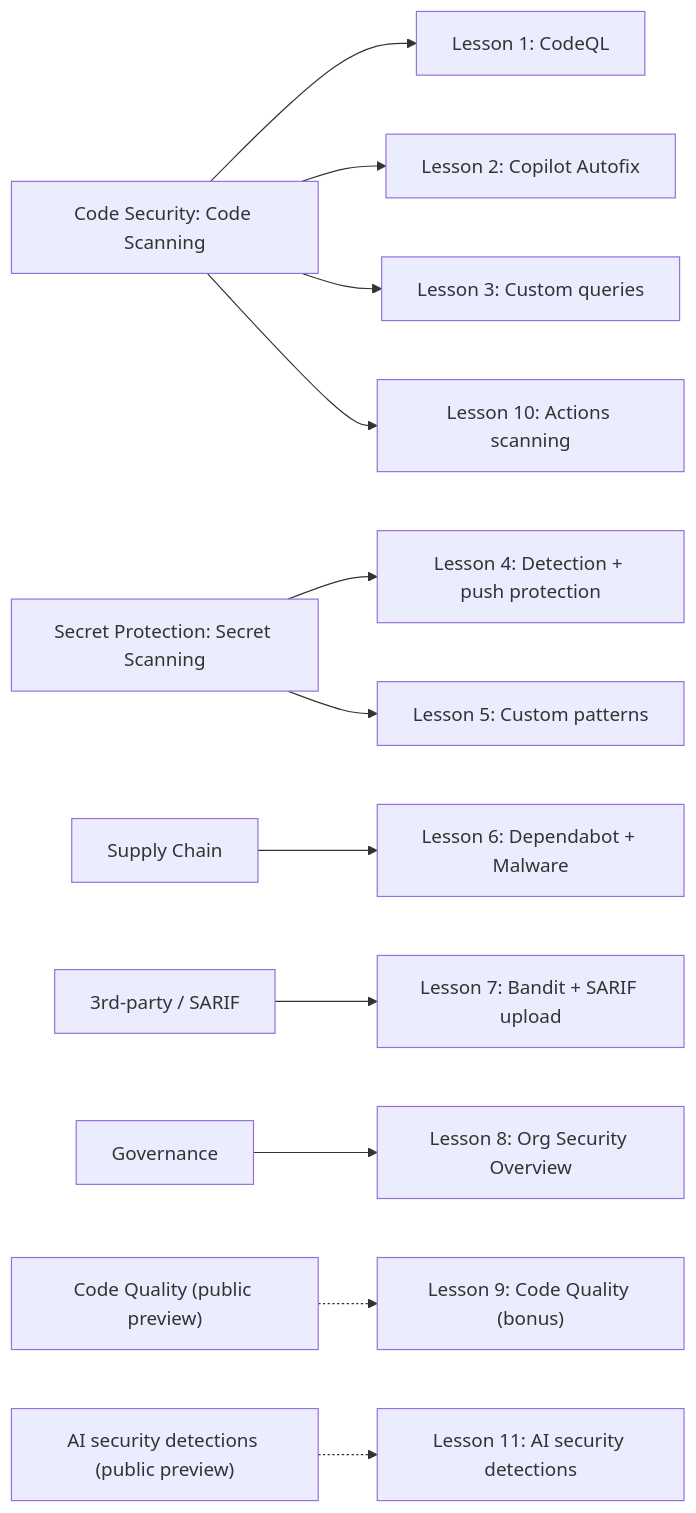
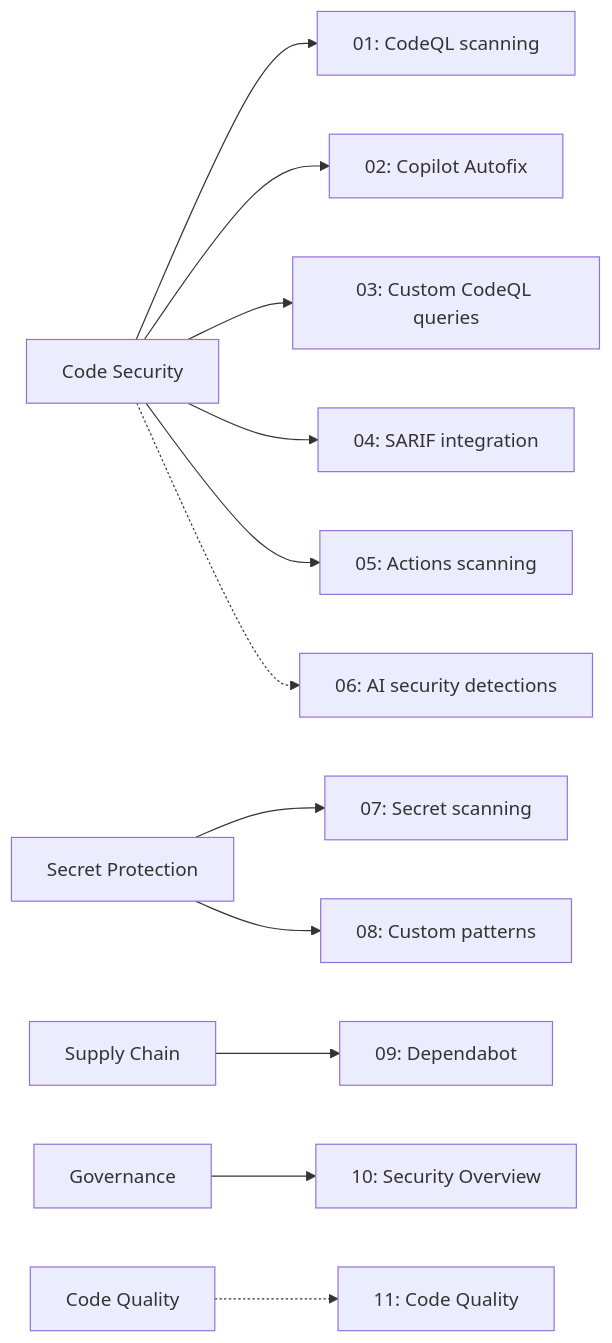
Before and after one commit to tkl-enteprises/ghas-demos: the diagram in README.md, drawn with Mermaid. The commit also changed other lines of this file and 77 other files, not shown here.

````diff
--- a/README.md
+++ b/README.md
@@ -66,14 +66,14 @@
 ```mermaid
 flowchart LR
-  P1["Code Security: Code Scanning"] --> L1["Lesson 1: CodeQL"]
-  P1                       --> L2["Lesson 2: Copilot Autofix"]
-  P1                       --> L3["Lesson 3: Custom queries"]
-  P1                       --> L10["Lesson 10: Actions scanning"]
-  P2["Secret Protection: Secret Scanning"] --> L4["Lesson 4: Detection + push protection"]
-  P2                       --> L5["Lesson 5: Custom patterns"]
-  P3["Supply Chain"]       --> L6["Lesson 6: Dependabot + Malware"]
-  P4["3rd-party / SARIF"]  --> L7["Lesson 7: Bandit + SARIF upload"]
-  P5["Governance"]         --> L8["Lesson 8: Org Security Overview"]
-  P6["Code Quality (public preview)"] -.-> L9["Lesson 9: Code Quality (bonus)"]
-  P7["AI security detections (public preview)"] -.-> L11["Lesson 11: AI security detections"]
+  P1["Code Security"] --> L1["01: CodeQL scanning"]
+  P1 --> L2["02: Copilot Autofix"]
+  P1 --> L3["03: Custom CodeQL queries"]
+  P1 --> L4["04: SARIF integration"]
+  P1 --> L5["05: Actions scanning"]
+  P1 -.-> L6["06: AI security detections"]
+  P2["Secret Protection"] --> L7["07: Secret scanning"]
+  P2 --> L8["08: Custom patterns"]
+  P3["Supply Chain"] --> L9["09: Dependabot"]
+  P4["Governance"] --> L10["10: Security Overview"]
+  P5["Code Quality"] -.-> L11["11: Code Quality"]
 ```
````
